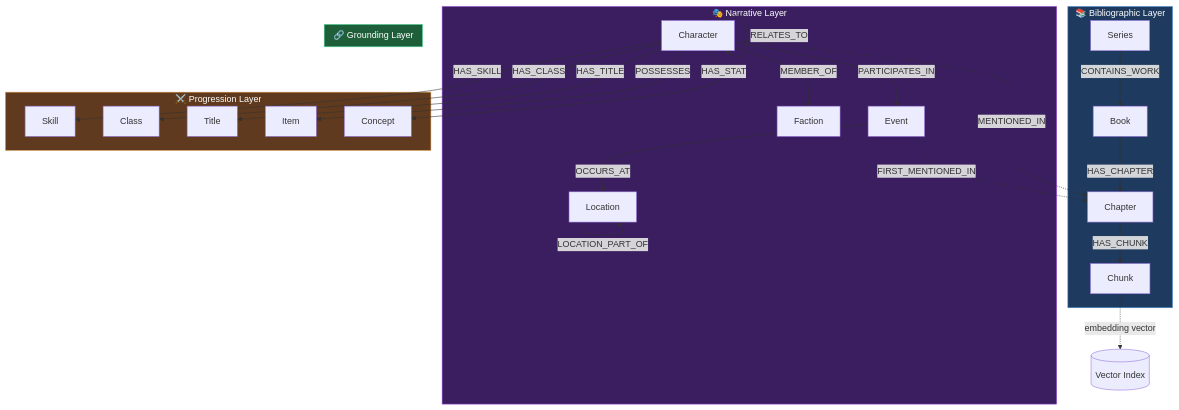
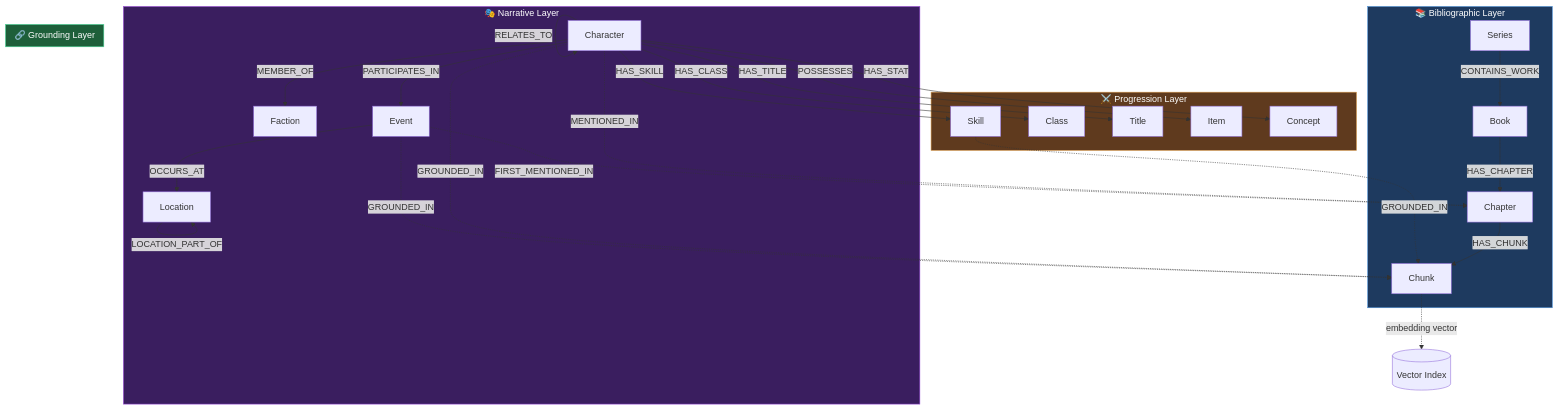
The first of 2 diagrams in docs/data-model.md (xairon/WorldRAG), drawn with Mermaid before and after one commit. The commit also changed other lines of this file and 7 other files, not shown here.

````diff
--- a/docs/data-model.md
+++ b/docs/data-model.md
@@ -26,36 +26,39 @@
 ```mermaid
 graph TB
     subgraph Bibliographic["📚 Bibliographic Layer"]
         Series --> |CONTAINS_WORK| Book
         Book --> |HAS_CHAPTER| Chapter
         Chapter --> |HAS_CHUNK| Chunk
     end
 
     subgraph Narrative["🎭 Narrative Layer"]
         Character --> |RELATES_TO| Character
         Character --> |PARTICIPATES_IN| Event
         Character --> |MEMBER_OF| Faction
         Event --> |OCCURS_AT| Location
         Location --> |LOCATION_PART_OF| Location
     end
 
     subgraph Progression["⚔️ Progression Layer"]
         Character --> |HAS_SKILL| Skill
         Character --> |HAS_CLASS| Class
         Character --> |HAS_TITLE| Title
         Character --> |POSSESSES| Item
         Character --> |HAS_STAT| Concept
     end
 
     subgraph Grounding["🔗 Grounding Layer"]
+        Character -.-> |GROUNDED_IN| Chunk
+        Skill -.-> |GROUNDED_IN| Chunk
+        Event -.-> |GROUNDED_IN| Chunk
         Character -.-> |MENTIONED_IN| Chapter
         Event -.-> |FIRST_MENTIONED_IN| Chapter
     end
 
     Chunk -.-> |embedding vector| VectorIndex[(Vector Index)]
 
     style Bibliographic fill:#1e3a5f,stroke:#4a90d9,color:#fff
     style Narrative fill:#3a1e5f,stroke:#9a4ad9,color:#fff
     style Progression fill:#5f3a1e,stroke:#d99a4a,color:#fff
     style Grounding fill:#1e5f3a,stroke:#4ad99a,color:#fff
 ```
````
